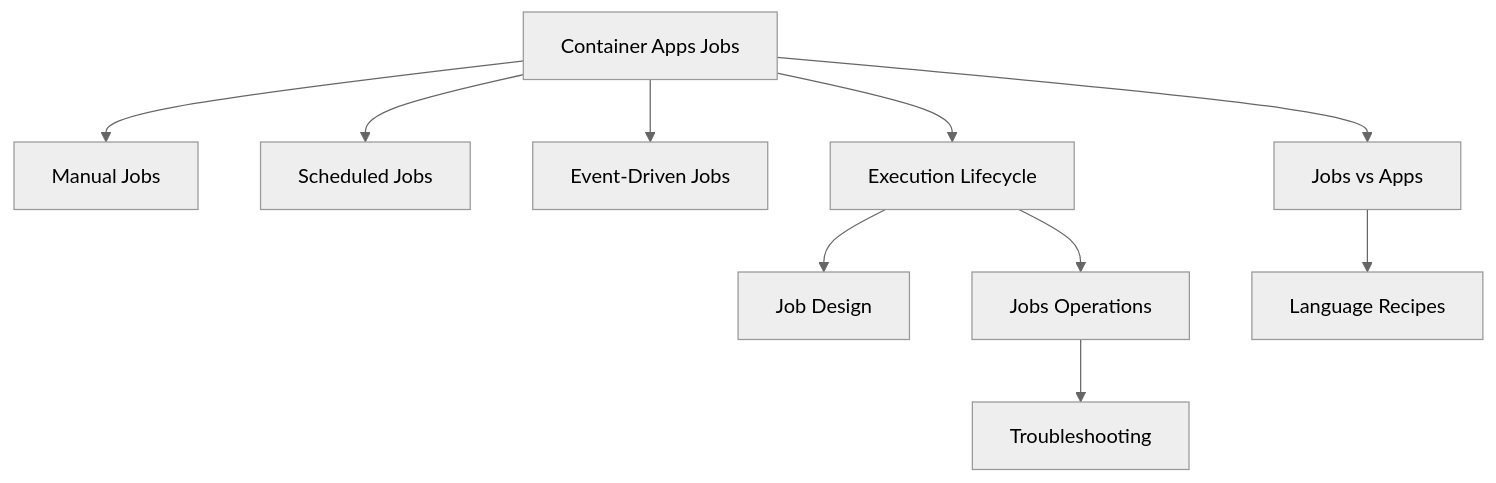
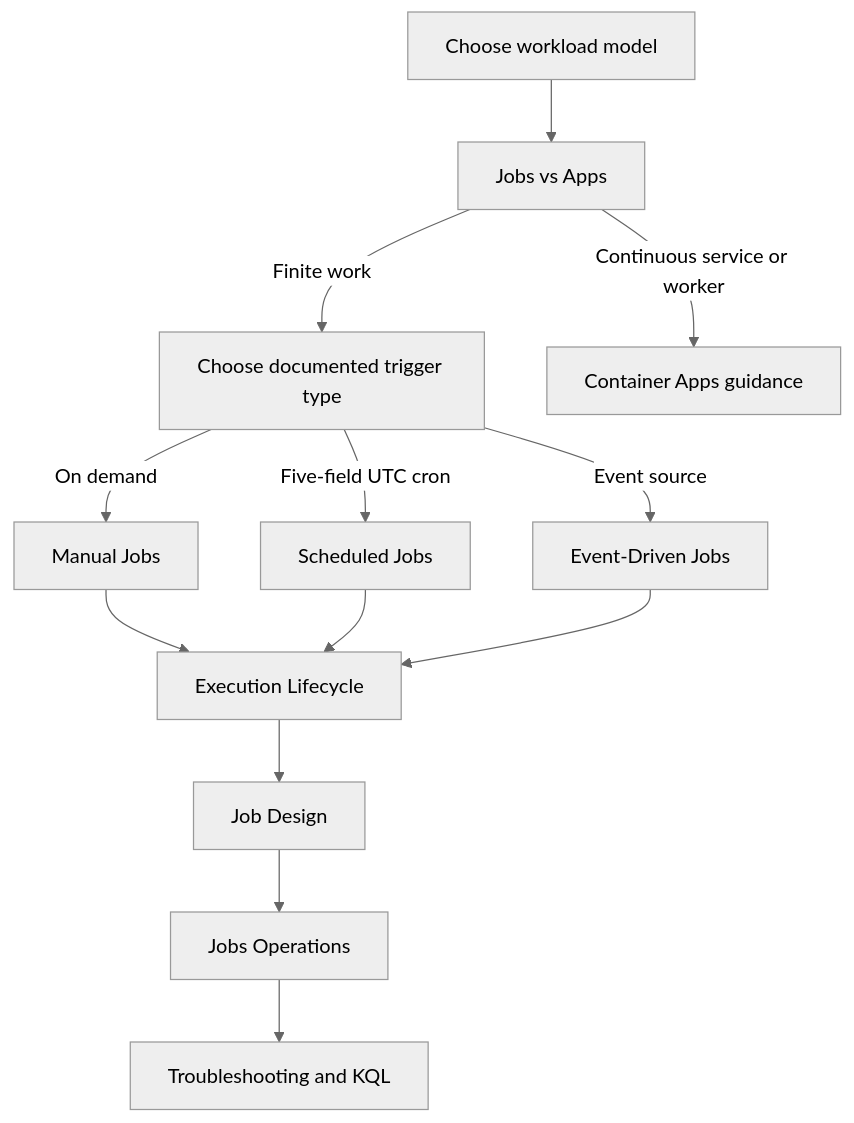
The diagram in docs/platform/jobs/index.md (yeongseon/azure-container-apps-practical-guide), drawn with Mermaid (neutral theme) before and after one commit. The commit also changed other lines of this file and 11 other files, not shown here.

Commit message:
docs(diagrams): migrate probe and jobs lifecycle diagrams (#613)

````diff
--- a/docs/platform/jobs/index.md
+++ b/docs/platform/jobs/index.md
@@ -69,12 +68,30 @@
 ```mermaid
 flowchart TD
-    A[Container Apps Jobs] --> B[Manual Jobs]
-    A --> C[Scheduled Jobs]
-    A --> D[Event-Driven Jobs]
-    A --> E[Execution Lifecycle]
-    A --> F[Jobs vs Apps]
-    E --> G[Job Design]
-    E --> H[Jobs Operations]
-    H --> I[Troubleshooting]
-    F --> J[Language Recipes]
+    accTitle: Container Apps Jobs document map
+    accDescr: Routes readers from workload selection to one of three documented trigger types, then through execution lifecycle, design, operations, and troubleshooting guidance.
+
+    CHOOSE[Choose workload model]
+    COMPARE[Jobs vs Apps]
+    TRIGGER[Choose documented trigger type]
+    APP[Container Apps guidance]
+    MANUAL[Manual Jobs]
+    SCHEDULED[Scheduled Jobs]
+    EVENT[Event-Driven Jobs]
+    LIFE[Execution Lifecycle]
+    DESIGN[Job Design]
+    OPERATE[Jobs Operations]
+    TROUBLE[Troubleshooting and KQL]
+
+    CHOOSE --> COMPARE
+    COMPARE -->|Finite work| TRIGGER
+    COMPARE -->|Continuous service or worker| APP
+    TRIGGER -->|On demand| MANUAL
+    TRIGGER -->|Five-field UTC cron| SCHEDULED
+    TRIGGER -->|Event source| EVENT
+    MANUAL --> LIFE
+    SCHEDULED --> LIFE
+    EVENT --> LIFE
+    LIFE --> DESIGN
+    DESIGN --> OPERATE
+    OPERATE --> TROUBLE
 ```
````
